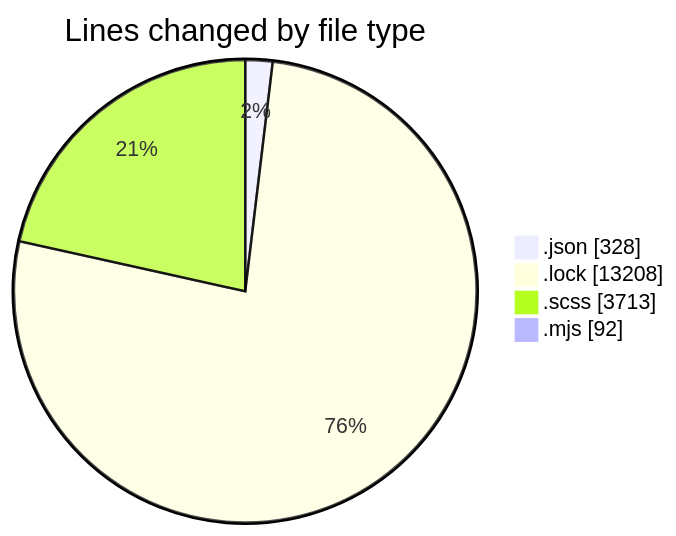
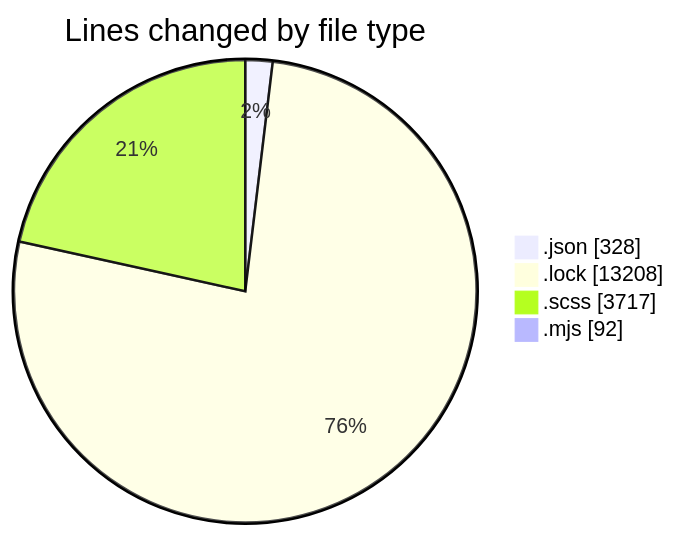
Before and after one commit to momahboobian/code-tracking: the first of 2 diagrams in 2026-01-26/cda/README.md, drawn with Mermaid. The commit also changed other lines of this file and 1 other file, not shown here.

````diff
--- a/2026-01-26/cda/README.md
+++ b/2026-01-26/cda/README.md
@@ -29,8 +29,8 @@
 ```mermaid
 pie showData
 title Lines changed by file type
 ".json" : 328
 ".lock" : 13208
-".scss" : 3713
+".scss" : 3717
 ".mjs" : 92
 ```
````
